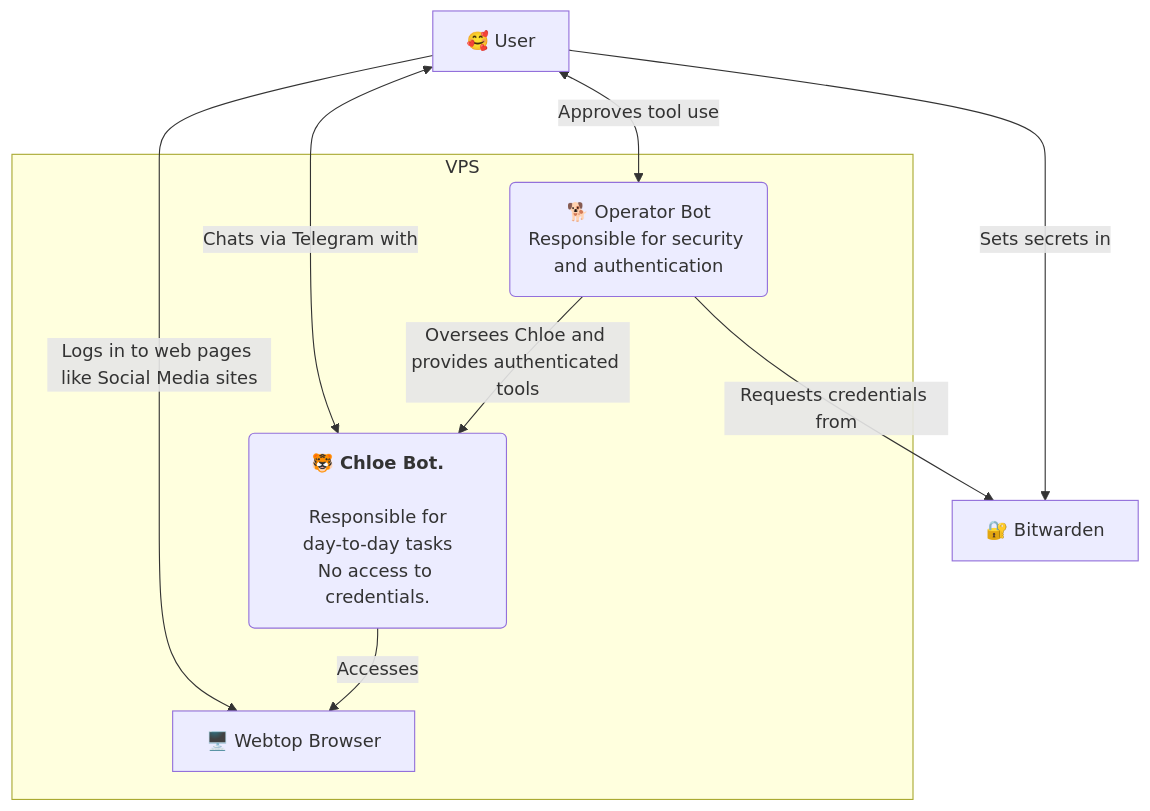
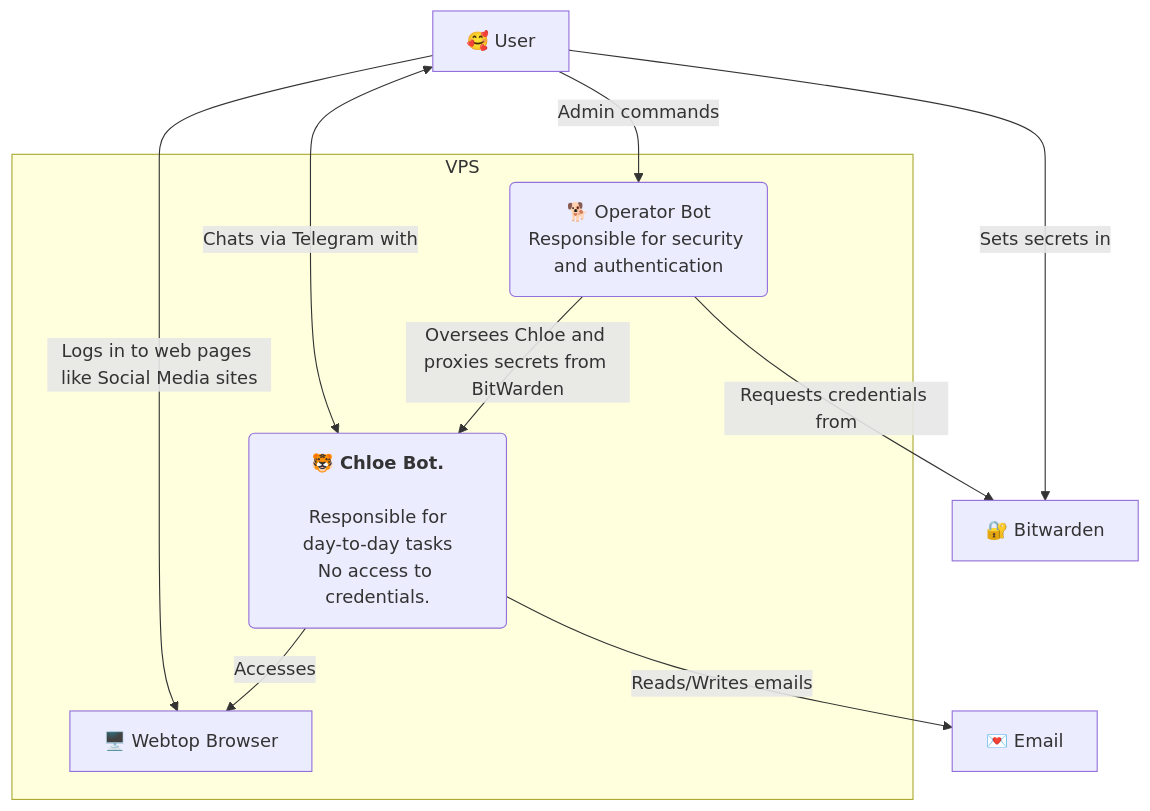
Before and after one commit to mere/openclaw-stack: the diagram in README.md, drawn with Mermaid. The commit also changed other lines of this file, not shown here.

````diff
--- a/README.md
+++ b/README.md
@@ -178,23 +179,25 @@
 ```mermaid
 flowchart TD
     CH("<b>🐯 Chloe Bot.</b><br/><br/>Responsible for<br/>day-to-day tasks<br/>No access to credentials.")
     OP("🐕 Operator Bot<br/>Responsible for security and authentication")
     U[🥰 User]
+    E[💌 Email]
     BW[🔐 Bitwarden]
     BR[🖥️ Webtop Browser]
 
-    U <-->|Approves tool use| OP
+    U -->|Admin commands| OP
     U <-->|Chats via Telegram with| CH
 
     OP -->|Requests credentials from| BW
-    OP -->|Oversees Chloe and provides authenticated tools| CH
+    OP -->|Oversees Chloe and proxies secrets from BitWarden| CH
     U -->|Logs in to web pages like Social Media sites| BR
     CH -->|Accesses| BR
     U -->|Sets secrets in| BW
+    CH -->|Reads/Writes emails| E
 
     subgraph VPS
         CH
         BR
         OP
     end
 ```
````
